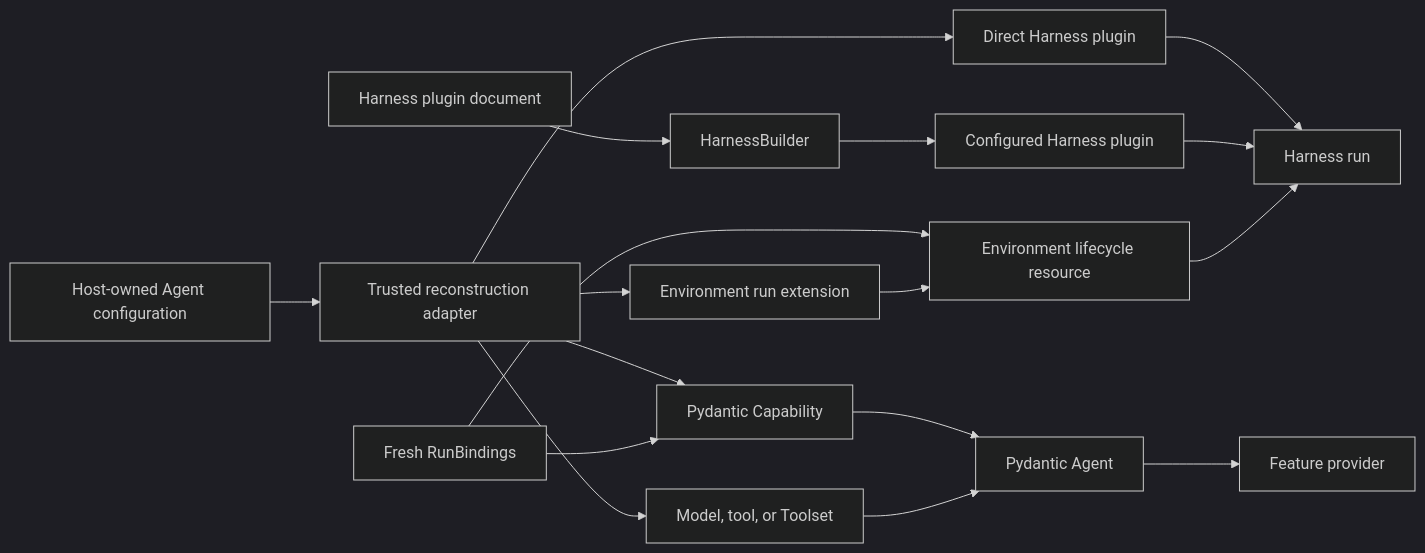
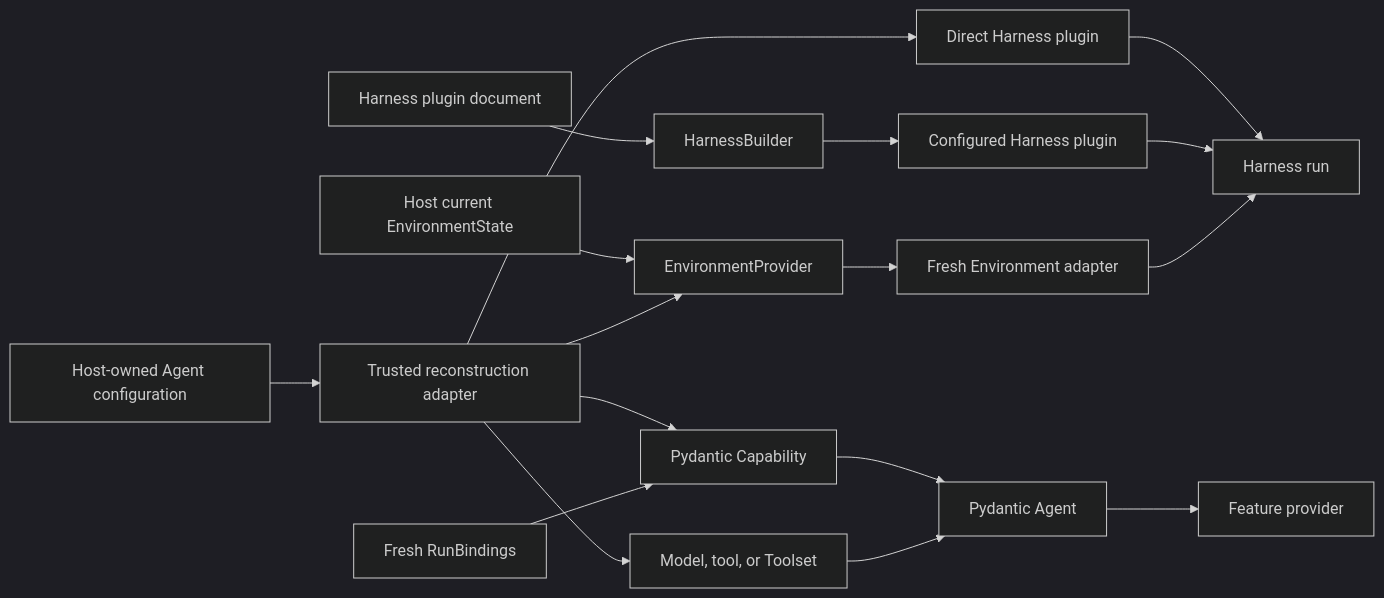
The third of 4 diagrams in spec/README.md (LTThreeComma/agent-foundation), drawn with Mermaid (dark theme) before and after one commit. The commit also changed other lines of this file and 188 other files, not shown here.

First line of the commit message:
feat(harness): rework environment and host ownership (#82)

````diff
--- a/spec/README.md
+++ b/spec/README.md
@@ -321,17 +321,17 @@
 ```mermaid
 flowchart LR
     HostConfig[Host-owned Agent configuration] --> Adapter[Trusted reconstruction adapter]
     Adapter --> DirectPlugin[Direct Harness plugin]
     PluginConfig[Harness plugin document] --> Builder[HarnessBuilder]
     Builder --> ConfiguredPlugin[Configured Harness plugin]
     Adapter --> Capability[Pydantic Capability]
     Adapter --> Native[Model, tool, or Toolset]
     RunAuthority[Fresh RunBindings] --> Capability
-    RunAuthority --> Environment[Environment lifecycle resource]
-    Adapter --> RunExtension[Environment run extension]
-    RunExtension --> Environment
+    HostState[Host current EnvironmentState] --> EnvProvider[EnvironmentProvider]
+    Adapter --> EnvProvider
+    EnvProvider --> Environment[Fresh Environment adapter]
     DirectPlugin & ConfiguredPlugin --> Harness[Harness run]
     Capability & Native --> Agent[Pydantic Agent]
     Environment --> Harness
     Agent --> Provider[Feature provider]
 ```
````
